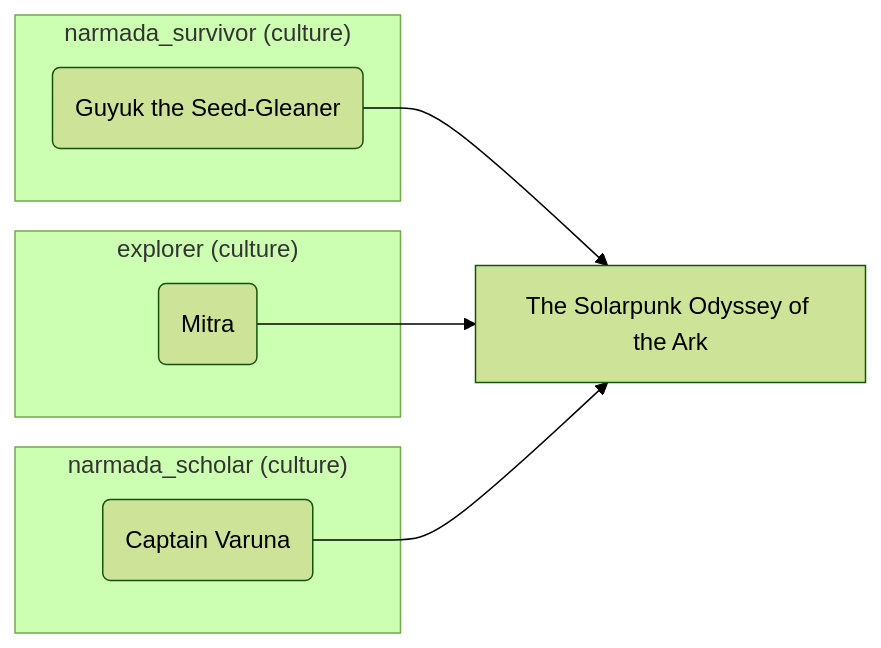
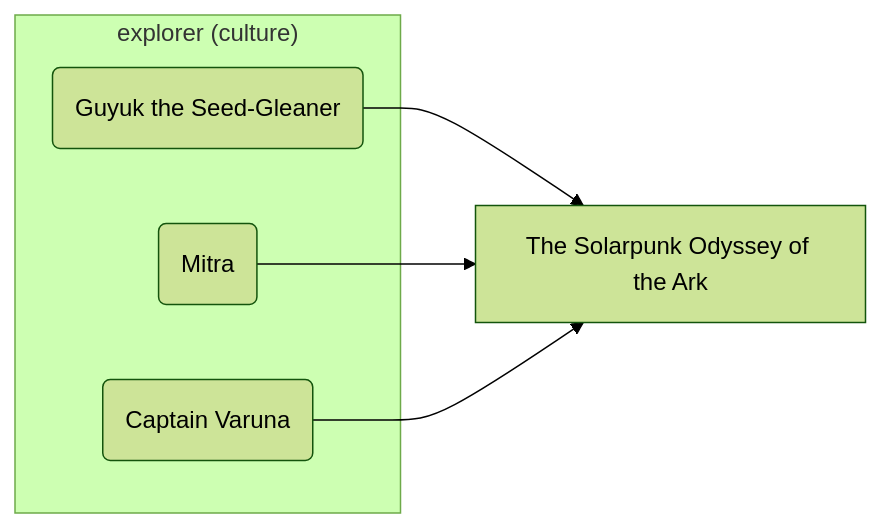
Before and after one commit to lordlebu/SouthOfTethys: the sixth of 6 diagrams in docs/memory_map.md, drawn with Mermaid (forest theme). The commit also changed other lines of this file and 47 other files, not shown here.

````diff
--- a/docs/memory_map.md
+++ b/docs/memory_map.md
@@ -324,16 +337,12 @@
 ```mermaid
 graph LR
   subgraph grp_explorer["explorer (culture)"]
+    character_varuna("Captain Varuna")
+    character_guyuk_reborn("Guyuk the Seed-Gleaner")
     character_mitra("Mitra")
-  end
-  subgraph grp_narmada_scholar["narmada_scholar (culture)"]
-    character_varuna("Captain Varuna")
-  end
-  subgraph grp_narmada_survivor["narmada_survivor (culture)"]
-    character_guyuk_reborn("Guyuk the Seed-Gleaner")
   end
   event_survival_train_solarpunk["The Solarpunk Odyssey of the Ark"]
   character_guyuk_reborn --> event_survival_train_solarpunk
   character_mitra --> event_survival_train_solarpunk
   character_varuna --> event_survival_train_solarpunk
 ```
````
